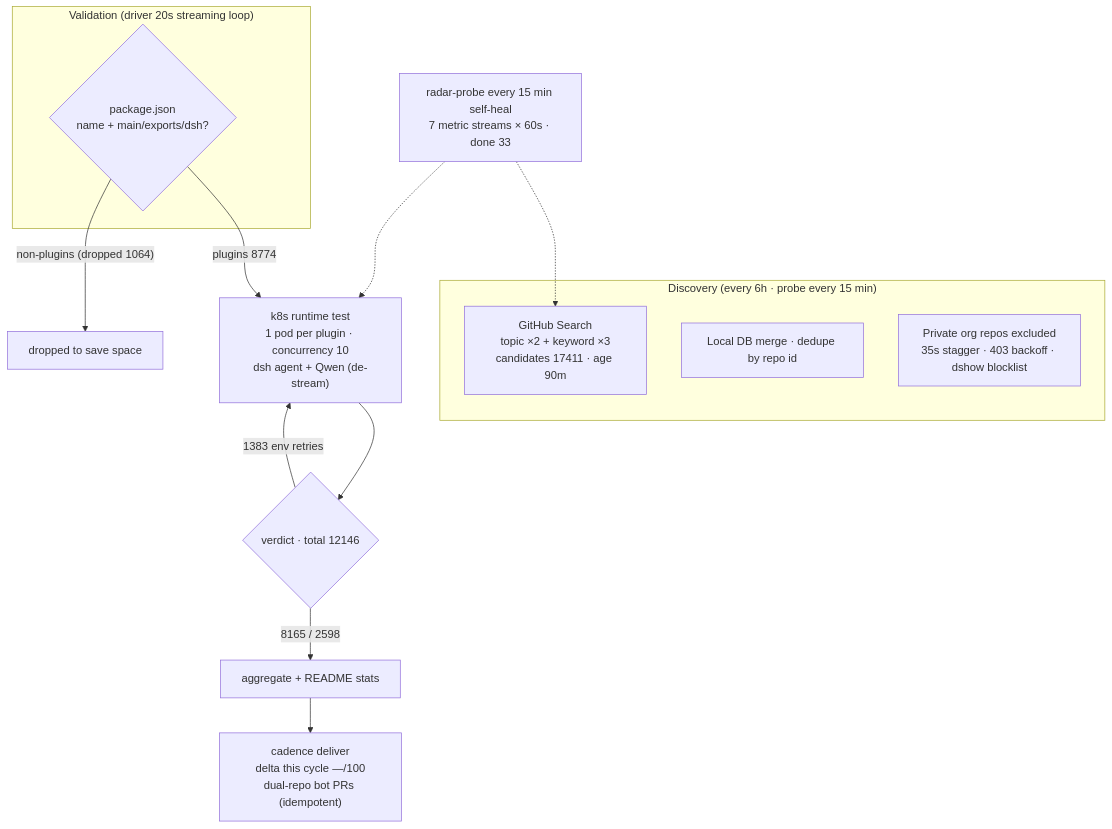
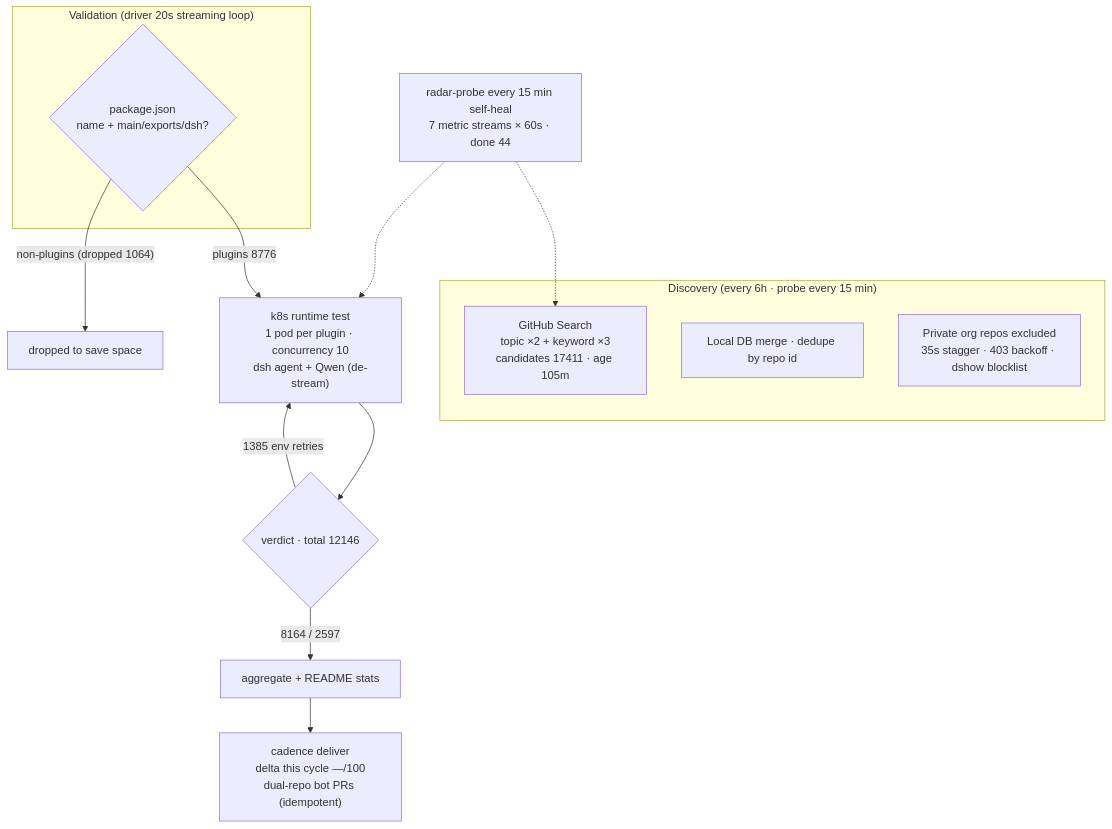
One commit to AdamPlatin123/awesome-dsh-plugins changed the diagram in README.en-US.md. Above: the diagram before and after it, drawn with Mermaid. The commit also changed other lines of this file and 5 other files, not shown here.

````diff
--- a/README.en-US.md
+++ b/README.en-US.md
@@ -45,20 +45,20 @@
 ```mermaid
 flowchart TB
     subgraph Discovery["Discovery (every 6h · probe every 15 min)"]
-        A1["GitHub Search<br/>topic ×2 + keyword ×3<br/>candidates 17411 · age 90m"]
+        A1["GitHub Search<br/>topic ×2 + keyword ×3<br/>candidates 17411 · age 105m"]
         A2["Local DB merge · dedupe by repo id"]
         A3["Private org repos excluded<br/>35s stagger · 403 backoff · dshow blocklist"]
     end
     subgraph Validation["Validation (driver 20s streaming loop)"]
         B1{"package.json<br/>name + main/exports/dsh?"}
     end
-    B1 -->|"plugins 8774"| C1["k8s runtime test<br/>1 pod per plugin · concurrency 10<br/>dsh agent + Qwen (de-stream)"]
+    B1 -->|"plugins 8776"| C1["k8s runtime test<br/>1 pod per plugin · concurrency 10<br/>dsh agent + Qwen (de-stream)"]
     B1 -->|"non-plugins (dropped 1064)"| B3["dropped to save space"]
     C1 --> D1{"verdict · total 12146"}
-    D1 -->|"8165 / 2598"| E1["aggregate + README stats"]
-    D1 -->|"1383 env retries"| C1
+    D1 -->|"8164 / 2597"| E1["aggregate + README stats"]
+    D1 -->|"1385 env retries"| C1
     E1 --> E2["cadence deliver<br/>delta this cycle —/100<br/>dual-repo bot PRs (idempotent)"]
-    M["radar-probe every 15 min self-heal<br/>7 metric streams × 60s · done 33"]
+    M["radar-probe every 15 min self-heal<br/>7 metric streams × 60s · done 44"]
     M -.-> A1
     M -.-> C1
 ```
````
